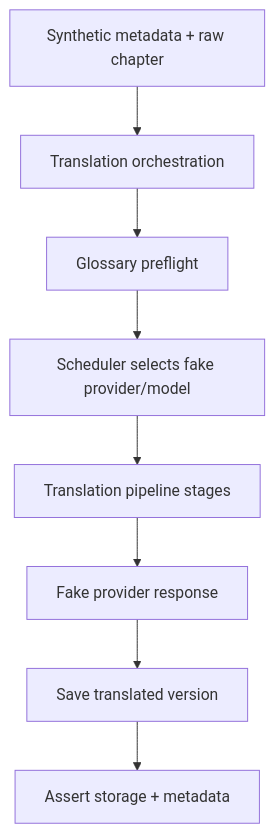
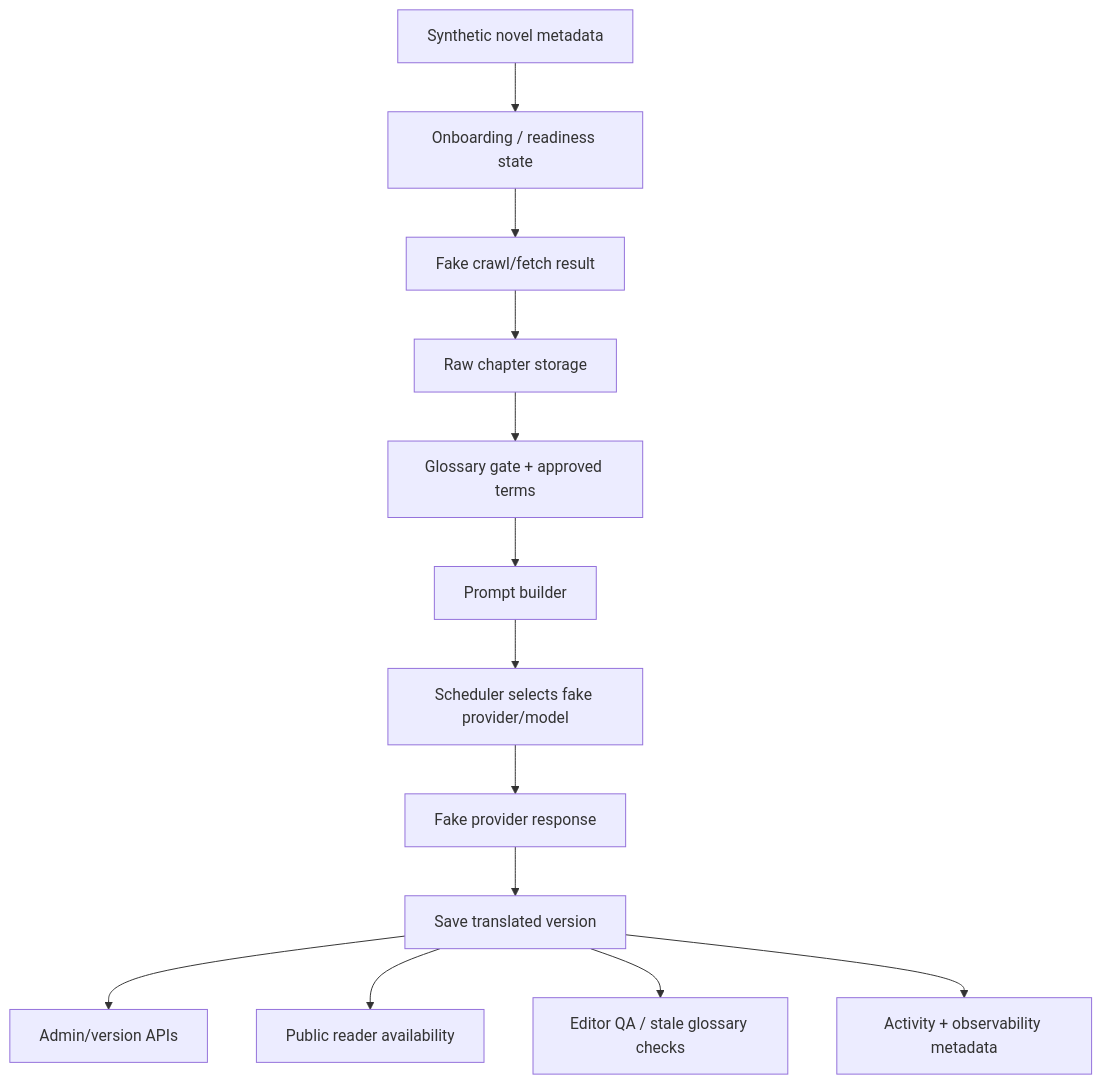
The diagram in .agents/kiro/specs/translation-integration-test-suite/design.md (ArchdukeViel/NovelAITranslator2Book), drawn with Mermaid before and after one commit. The commit also changed other lines of this file and 22 other files, not shown here.

````diff
--- a/.agents/kiro/specs/translation-integration-test-suite/design.md
+++ b/.agents/kiro/specs/translation-integration-test-suite/design.md
@@ -32,10 +77,15 @@
 ```mermaid
 flowchart TD
-    A["Synthetic metadata + raw chapter"] --> B["Translation orchestration"]
-    B --> C["Glossary preflight"]
-    C --> D["Scheduler selects fake provider/model"]
-    D --> E["Translation pipeline stages"]
-    E --> F["Fake provider response"]
-    F --> G["Save translated version"]
-    G --> H["Assert storage + metadata"]
+    A["Synthetic novel metadata"] --> B["Onboarding / readiness state"]
+    B --> C["Fake crawl/fetch result"]
+    C --> D["Raw chapter storage"]
+    D --> E["Glossary gate + approved terms"]
+    E --> F["Prompt builder"]
+    F --> G["Scheduler selects fake provider/model"]
+    G --> H["Fake provider response"]
+    H --> I["Save translated version"]
+    I --> J["Admin/version APIs"]
+    I --> K["Public reader availability"]
+    I --> L["Editor QA / stale glossary checks"]
+    I --> M["Activity + observability metadata"]
 ```
````
